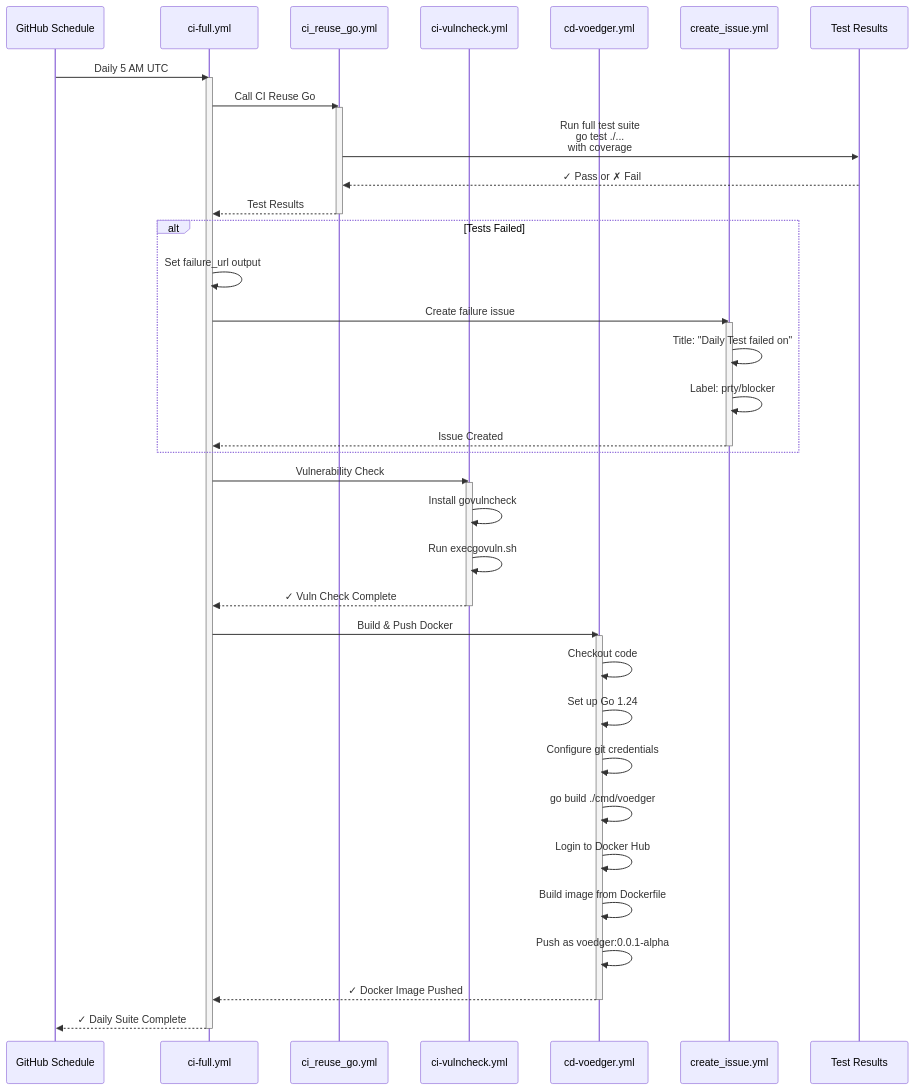
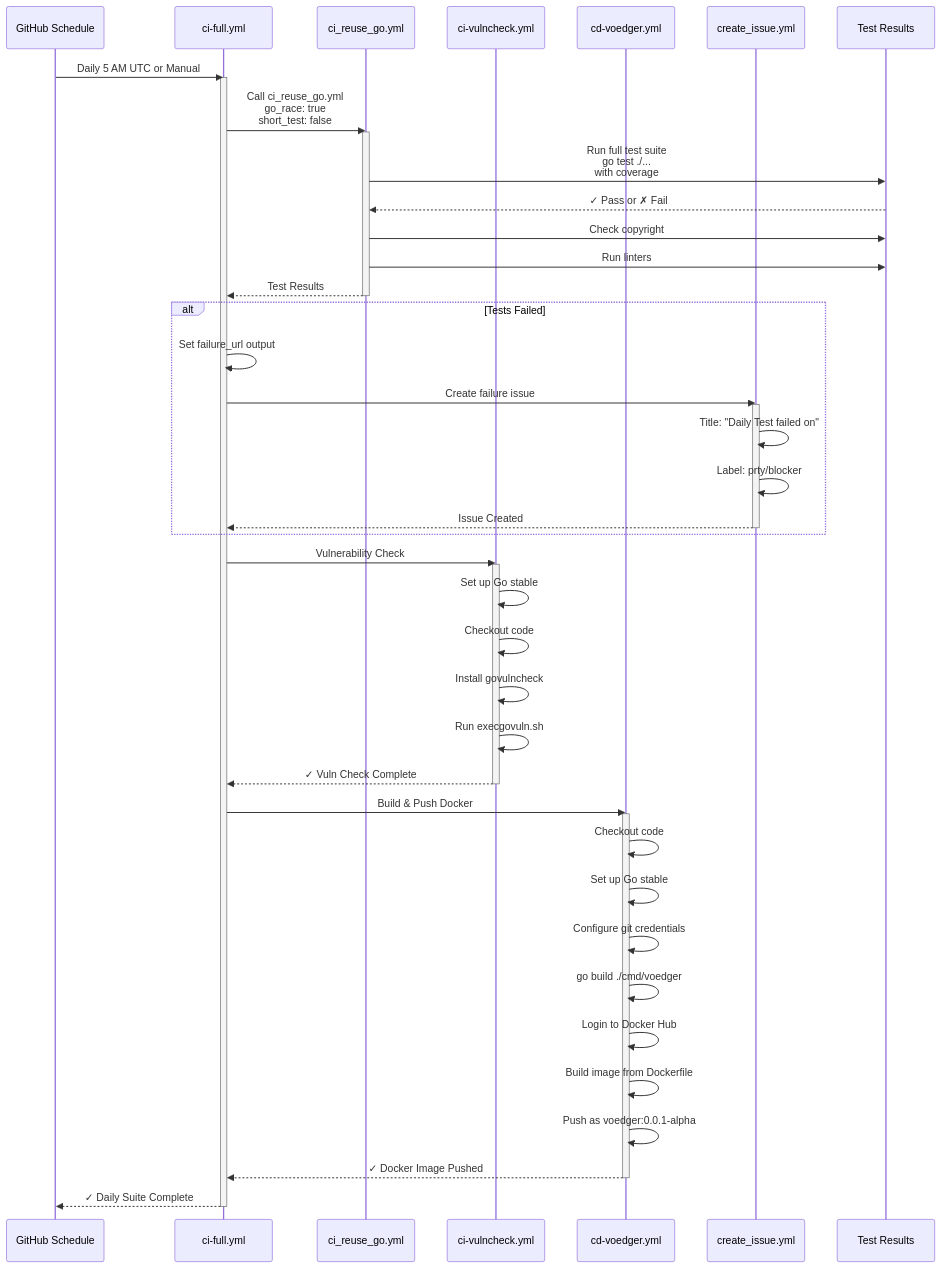
Before and after one commit to host6/voedger: the fourth of 4 diagrams in .github/workflows/EXECUTION_FLOW_DIAGRAMS.md, drawn with Mermaid. The commit also changed other lines of this file and 1 other file, not shown here.

````diff
--- a/.github/workflows/EXECUTION_FLOW_DIAGRAMS.md
+++ b/.github/workflows/EXECUTION_FLOW_DIAGRAMS.md
@@ -266,52 +271,56 @@
 ```mermaid
 sequenceDiagram
     participant Schedule as GitHub Schedule
     participant WF as ci-full.yml
     participant CI as ci_reuse_go.yml
     participant Vuln as ci-vulncheck.yml
     participant Docker as cd-voedger.yml
     participant Issue as create_issue.yml
     participant Tests as Test Results
 
-    Schedule->>WF: Daily 5 AM UTC
+    Schedule->>WF: Daily 5 AM UTC or Manual
     activate WF
-    
-    WF->>CI: Call CI Reuse Go
+
+    WF->>CI: Call ci_reuse_go.yml<br/>go_race: true<br/>short_test: false
     activate CI
     CI->>Tests: Run full test suite<br/>go test ./...<br/>with coverage
     Tests-->>CI: ✓ Pass or ✗ Fail
+    CI->>Tests: Check copyright
+    CI->>Tests: Run linters
     CI-->>WF: Test Results
     deactivate CI
-    
+
     alt Tests Failed
         WF->>WF: Set failure_url output
         WF->>Issue: Create failure issue
         activate Issue
         Issue->>Issue: Title: "Daily Test failed on"
         Issue->>Issue: Label: prty/blocker
         Issue-->>WF: Issue Created
         deactivate Issue
     end
-    
+
     WF->>Vuln: Vulnerability Check
     activate Vuln
+    Vuln->>Vuln: Set up Go stable
+    Vuln->>Vuln: Checkout code
     Vuln->>Vuln: Install govulncheck
     Vuln->>Vuln: Run execgovuln.sh
     Vuln-->>WF: ✓ Vuln Check Complete
     deactivate Vuln
-    
+
     WF->>Docker: Build & Push Docker
     activate Docker
     Docker->>Docker: Checkout code
-    Docker->>Docker: Set up Go 1.24
+    Docker->>Docker: Set up Go stable
     Docker->>Docker: Configure git credentials
     Docker->>Docker: go build ./cmd/voedger
     Docker->>Docker: Login to Docker Hub
     Docker->>Docker: Build image from Dockerfile
     Docker->>Docker: Push as voedger:0.0.1-alpha
     Docker-->>WF: ✓ Docker Image Pushed
     deactivate Docker
-    
+
     WF-->>Schedule: ✓ Daily Suite Complete
     deactivate WF
 ```
````
